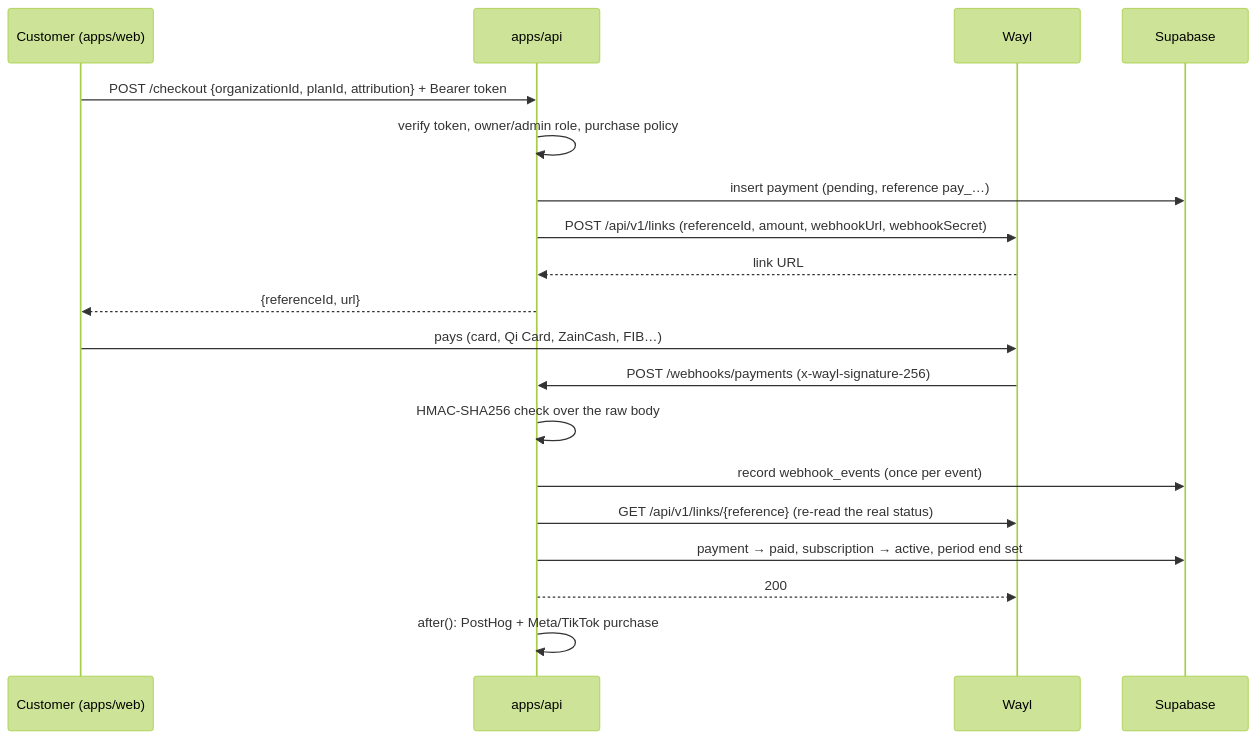
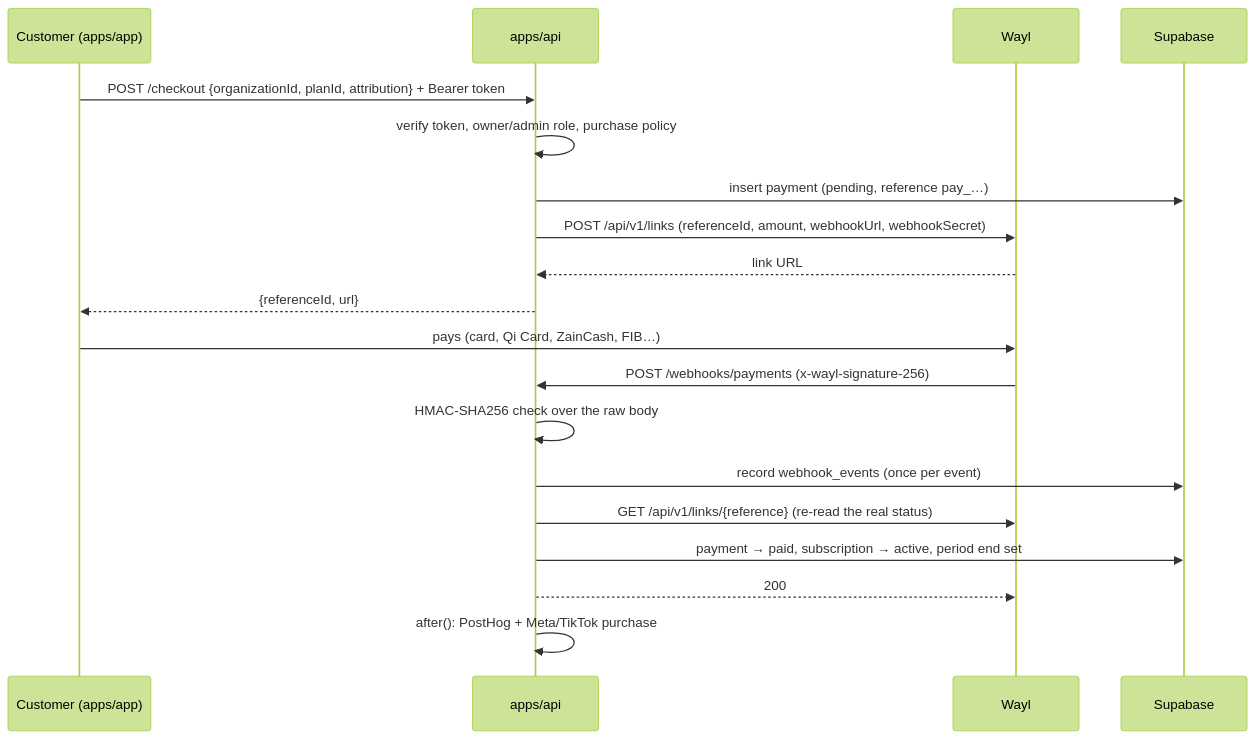
One commit to theideaiq/monorepo changed the second of 2 diagrams in ARCHITECTURE_AND_INTEGRATIONS.md. Above: the diagram before and after it, drawn with Mermaid (forest theme). The commit also changed other lines of this file and 456 other files, not shown here.

First line of the commit message:
Rename apps/web to apps/app (#1183)

````diff
--- a/ARCHITECTURE_AND_INTEGRATIONS.md
+++ b/ARCHITECTURE_AND_INTEGRATIONS.md
@@ -1905,21 +1905,21 @@
 ```mermaid
 sequenceDiagram
-  participant U as Customer (apps/web)
+  participant U as Customer (apps/app)
   participant API as apps/api
   participant W as Wayl
   participant DB as Supabase
   U->>API: POST /checkout {organizationId, planId, attribution} + Bearer token
   API->>API: verify token, owner/admin role, purchase policy
   API->>DB: insert payment (pending, reference pay_…)
   API->>W: POST /api/v1/links (referenceId, amount, webhookUrl, webhookSecret)
   W-->>API: link URL
   API-->>U: {referenceId, url}
   U->>W: pays (card, Qi Card, ZainCash, FIB…)
   W->>API: POST /webhooks/payments (x-wayl-signature-256)
   API->>API: HMAC-SHA256 check over the raw body
   API->>DB: record webhook_events (once per event)
   API->>W: GET /api/v1/links/{reference} (re-read the real status)
   API->>DB: payment → paid, subscription → active, period end set
   API-->>W: 200
   API->>API: after(): PostHog + Meta/TikTok purchase
 ```
````
